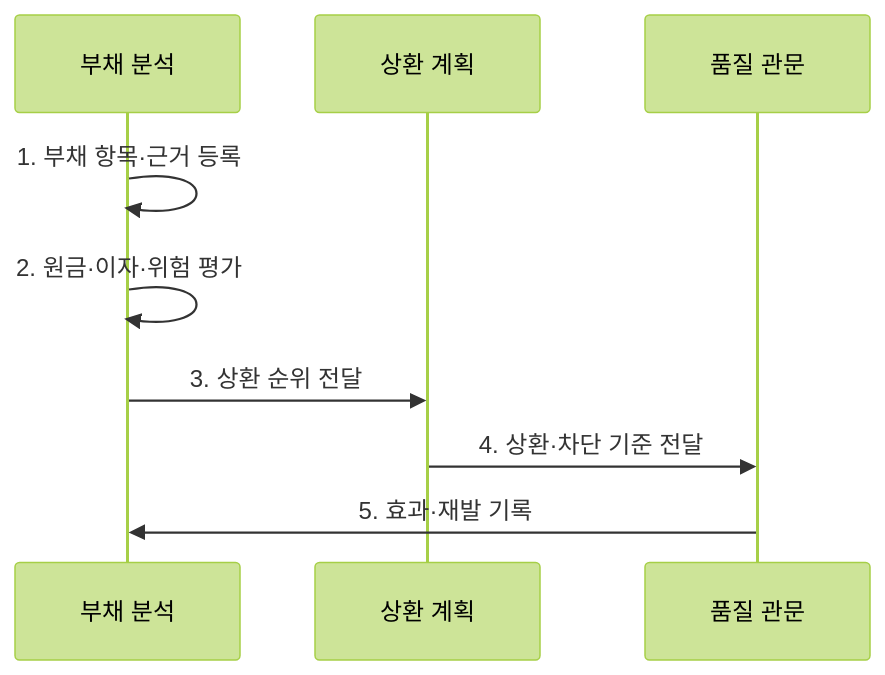
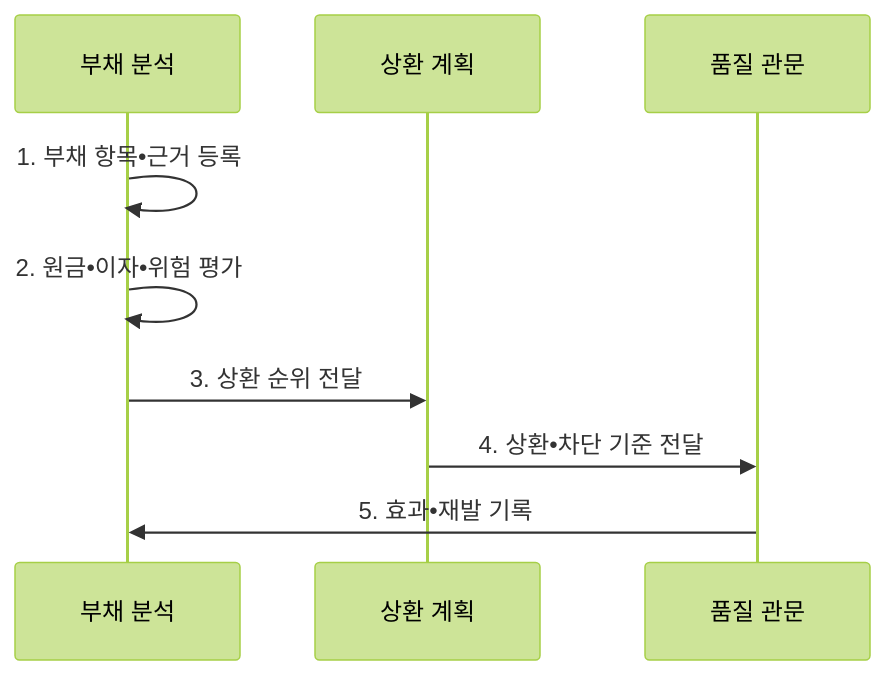
Before and after one commit to agnusdei1207/knowledge-base: the second of 2 diagrams in src/content/docs/notes/03-software/213_technical_debt_measurement.md, drawn with Mermaid (forest theme). The commit also changed other lines of this file and 953 other files, not shown here.

````diff
--- a/src/content/docs/notes/03-software/213_technical_debt_measurement.md
+++ b/src/content/docs/notes/03-software/213_technical_debt_measurement.md
@@ -109,12 +109,12 @@
 ```mermaid
 sequenceDiagram
     participant A as 부채 분석
     participant P as 상환 계획
     participant G as 품질 관문
-    A->>A: 1. 부채 항목·근거 등록
-    A->>A: 2. 원금·이자·위험 평가
+    A->>A: 1. 부채 항목•근거 등록
+    A->>A: 2. 원금•이자•위험 평가
     A->>P: 3. 상환 순위 전달
-    P->>G: 4. 상환·차단 기준 전달
-    G->>A: 5. 효과·재발 기록
+    P->>G: 4. 상환•차단 기준 전달
+    G->>A: 5. 효과•재발 기록
 
 ```
````
